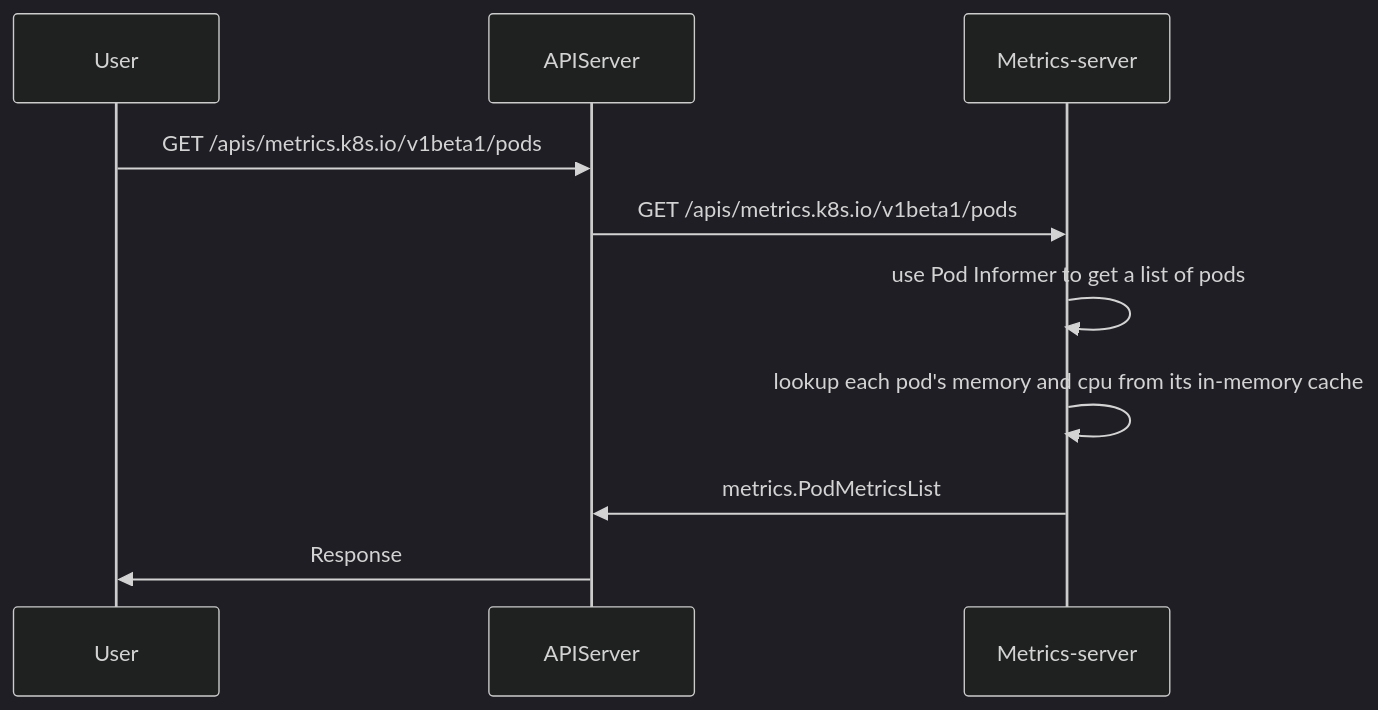
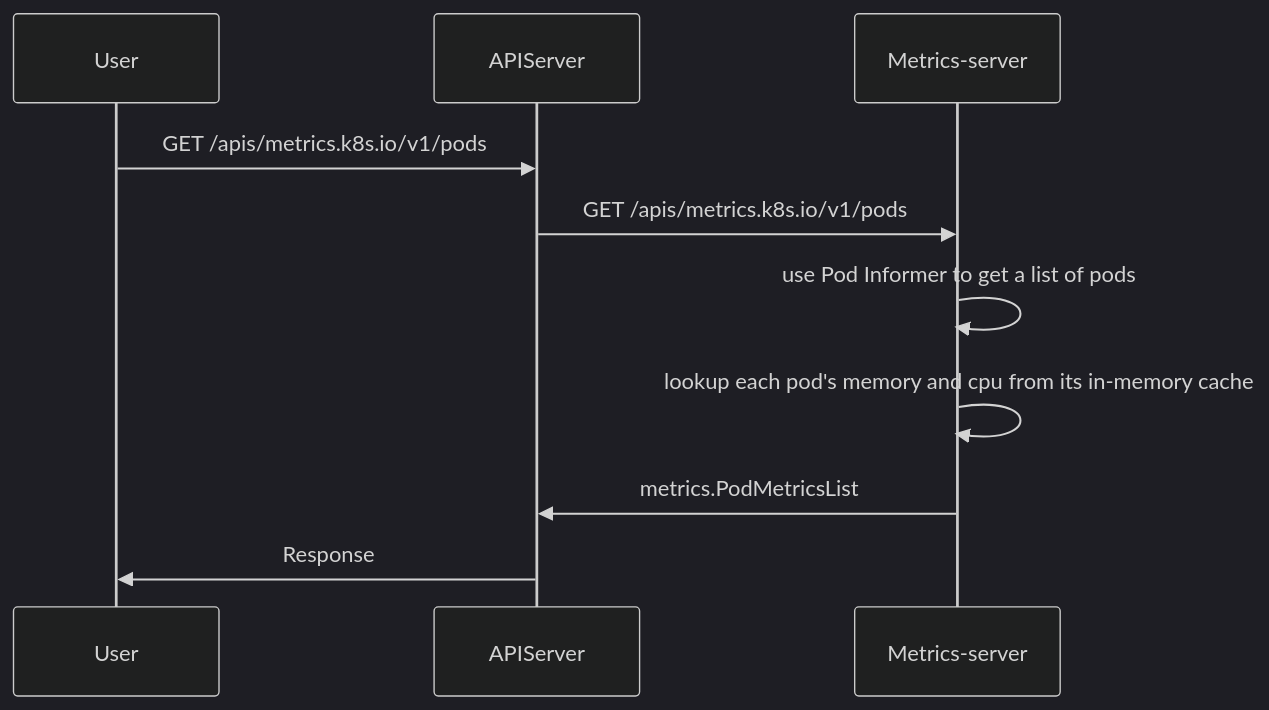
The first of 2 diagrams in README.md (kubernetes-sigs/metrics-server), drawn with Mermaid (dark theme) before and after one commit.

Commit message:
docs: update the diagram

````diff
--- a/README.md
+++ b/README.md
@@ -184,14 +184,14 @@
 ```mermaid
 sequenceDiagram
     participant User
     participant APIServer
     participant MS as Metrics-server
 
 
-    User->>APIServer: GET /apis/metrics.k8s.io/v1beta1/pods
-    APIServer->>MS: GET /apis/metrics.k8s.io/v1beta1/pods
+    User->>APIServer: GET /apis/metrics.k8s.io/v1/pods
+    APIServer->>MS: GET /apis/metrics.k8s.io/v1/pods
     MS->>MS: use Pod Informer to get a list of pods
     MS->>MS: lookup each pod's memory and cpu from its in-memory cache
     MS->>APIServer: metrics.PodMetricsList
     APIServer->>User: Response 
 ```
````
